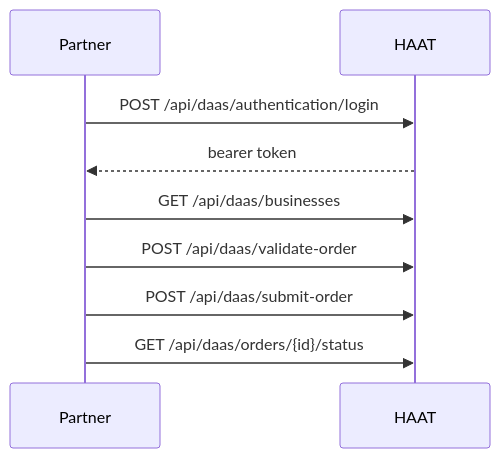
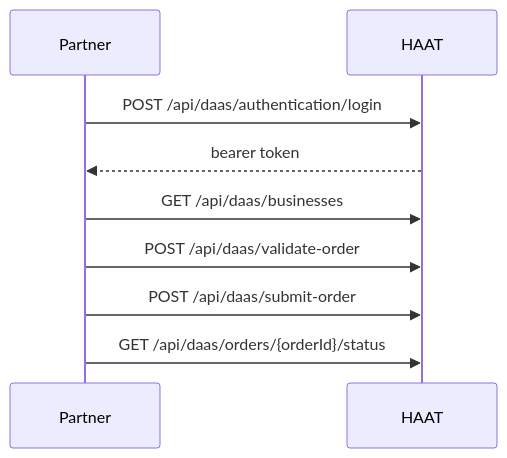
One commit to fhmedeknash/docs changed the diagram in daas/overview.mdx. Above: the diagram before and after it, drawn with Mermaid. The commit also changed other lines of this file and 7 other files, not shown here.

````diff
--- a/daas/overview.mdx
+++ b/daas/overview.mdx
@@ -12,11 +14,11 @@
 ```mermaid
 sequenceDiagram
   participant Partner
   participant HAAT
   Partner->>HAAT: POST /api/daas/authentication/login
   HAAT-->>Partner: bearer token
   Partner->>HAAT: GET /api/daas/businesses
   Partner->>HAAT: POST /api/daas/validate-order
   Partner->>HAAT: POST /api/daas/submit-order
-  Partner->>HAAT: GET /api/daas/orders/{id}/status
+  Partner->>HAAT: GET /api/daas/orders/{orderId}/status
 ```
````
